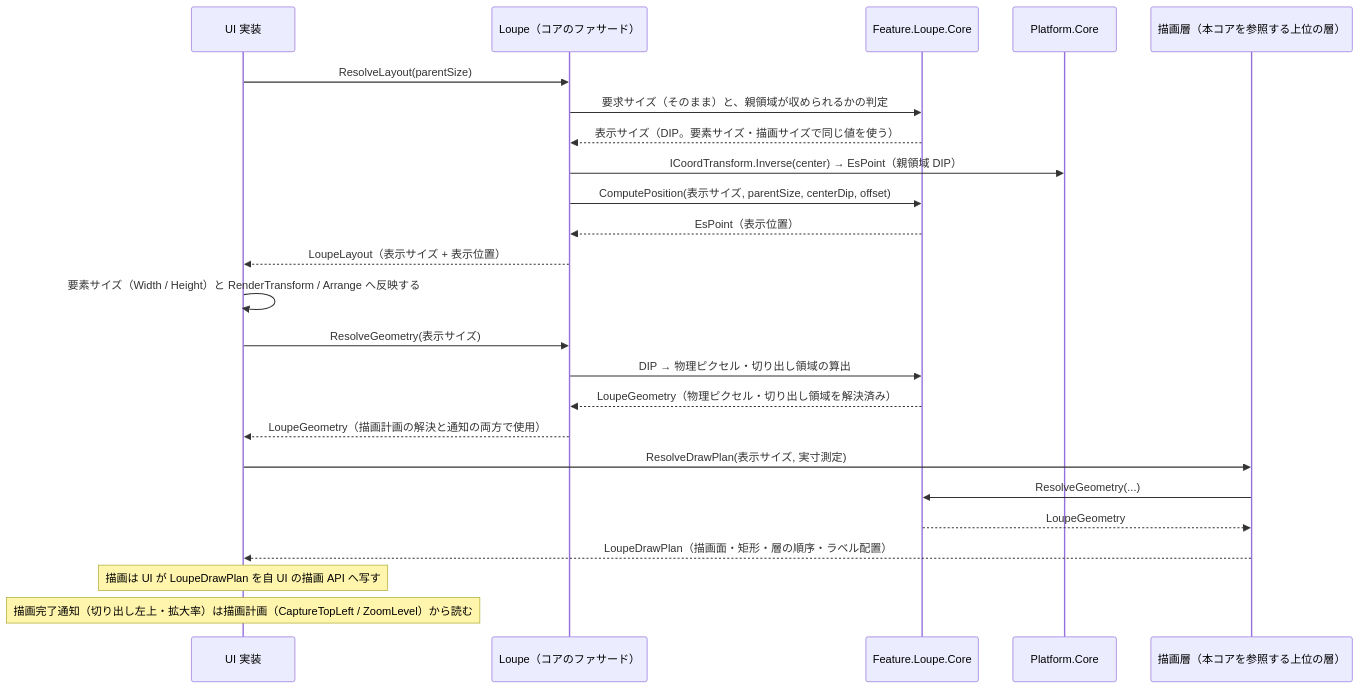
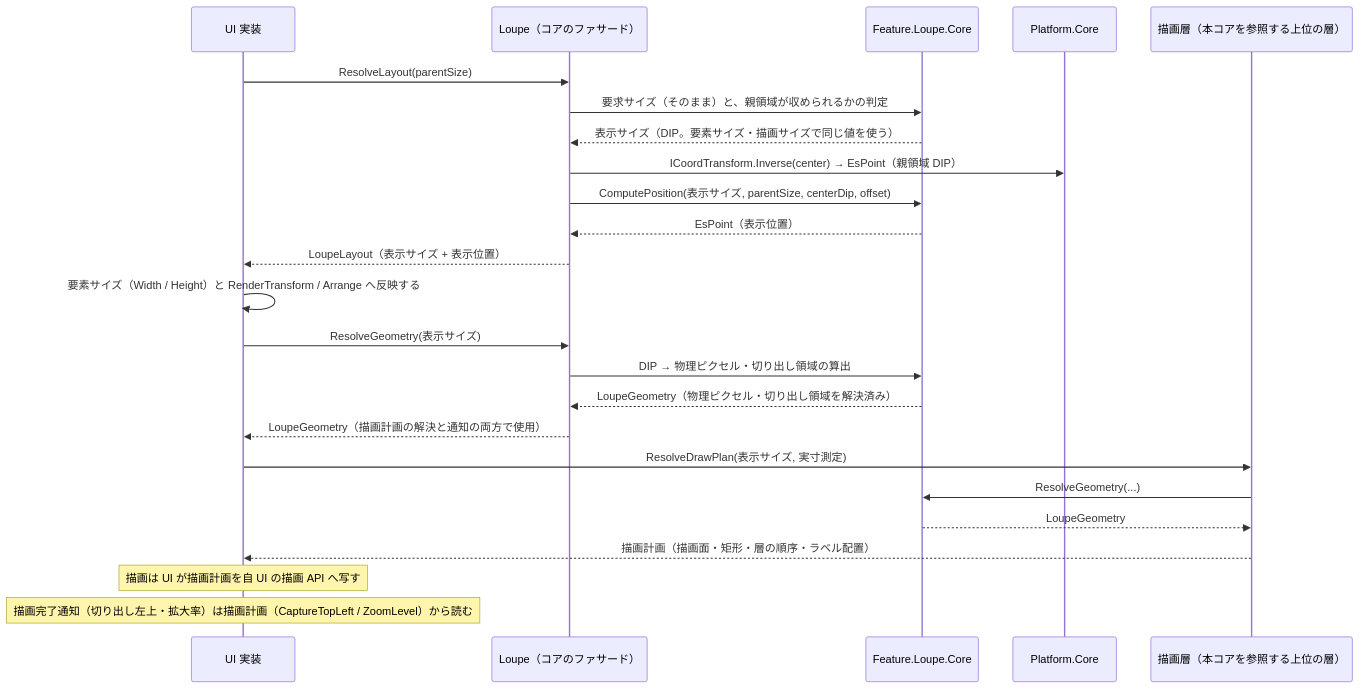
Before and after one commit to tomokuni/SaveEvidence: the second of 2 diagrams in src/Feature.Loupe.Core/docs/SPEC_System.md, drawn with Mermaid. The commit also changed other lines of this file and 11 other files, not shown here.

````diff
--- a/src/Feature.Loupe.Core/docs/SPEC_System.md
+++ b/src/Feature.Loupe.Core/docs/SPEC_System.md
@@ -47,30 +47,30 @@
 ```mermaid
 sequenceDiagram
   participant UI as UI 実装
   participant Fac as Loupe（コアのファサード）
   participant Core as Feature.Loupe.Core
   participant PC as Platform.Core
   participant P as 描画層（本コアを参照する上位の層）
 
   UI->>Fac: ResolveLayout(parentSize)
   Fac->>Core: 要求サイズ（そのまま）と、親領域が収められるかの判定
   Core-->>Fac: 表示サイズ（DIP。要素サイズ・描画サイズで同じ値を使う）
   Fac->>PC: ICoordTransform.Inverse(center) → EsPoint（親領域 DIP）
   Fac->>Core: ComputePosition(表示サイズ, parentSize, centerDip, offset)
   Core-->>Fac: EsPoint（表示位置）
   Fac-->>UI: LoupeLayout（表示サイズ + 表示位置）
   UI->>UI: 要素サイズ（Width / Height）と RenderTransform / Arrange へ反映する
 
   UI->>Fac: ResolveGeometry(表示サイズ)
   Fac->>Core: DIP → 物理ピクセル・切り出し領域の算出
   Core-->>Fac: LoupeGeometry（物理ピクセル・切り出し領域を解決済み）
   Fac-->>UI: LoupeGeometry（描画計画の解決と通知の両方で使用）
 
   UI->>P: ResolveDrawPlan(表示サイズ, 実寸測定)
   P->>Core: ResolveGeometry(...)
   Core-->>P: LoupeGeometry
-  P-->>UI: LoupeDrawPlan（描画面・矩形・層の順序・ラベル配置）
+  P-->>UI: 描画計画（描画面・矩形・層の順序・ラベル配置）
 
-  Note over UI: 描画は UI が LoupeDrawPlan を自 UI の描画 API へ写す
+  Note over UI: 描画は UI が描画計画を自 UI の描画 API へ写す
   Note over UI: 描画完了通知（切り出し左上・拡大率）は描画計画（CaptureTopLeft / ZoomLevel）から読む
 ```
````
